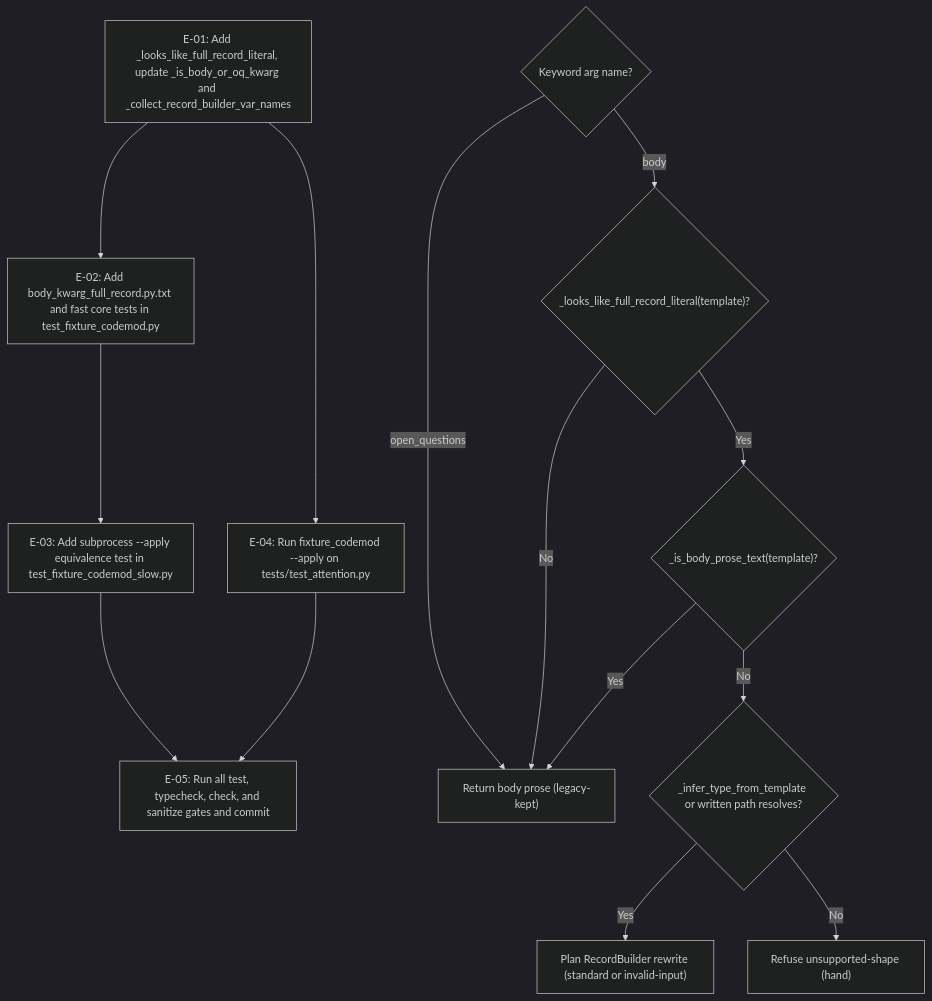
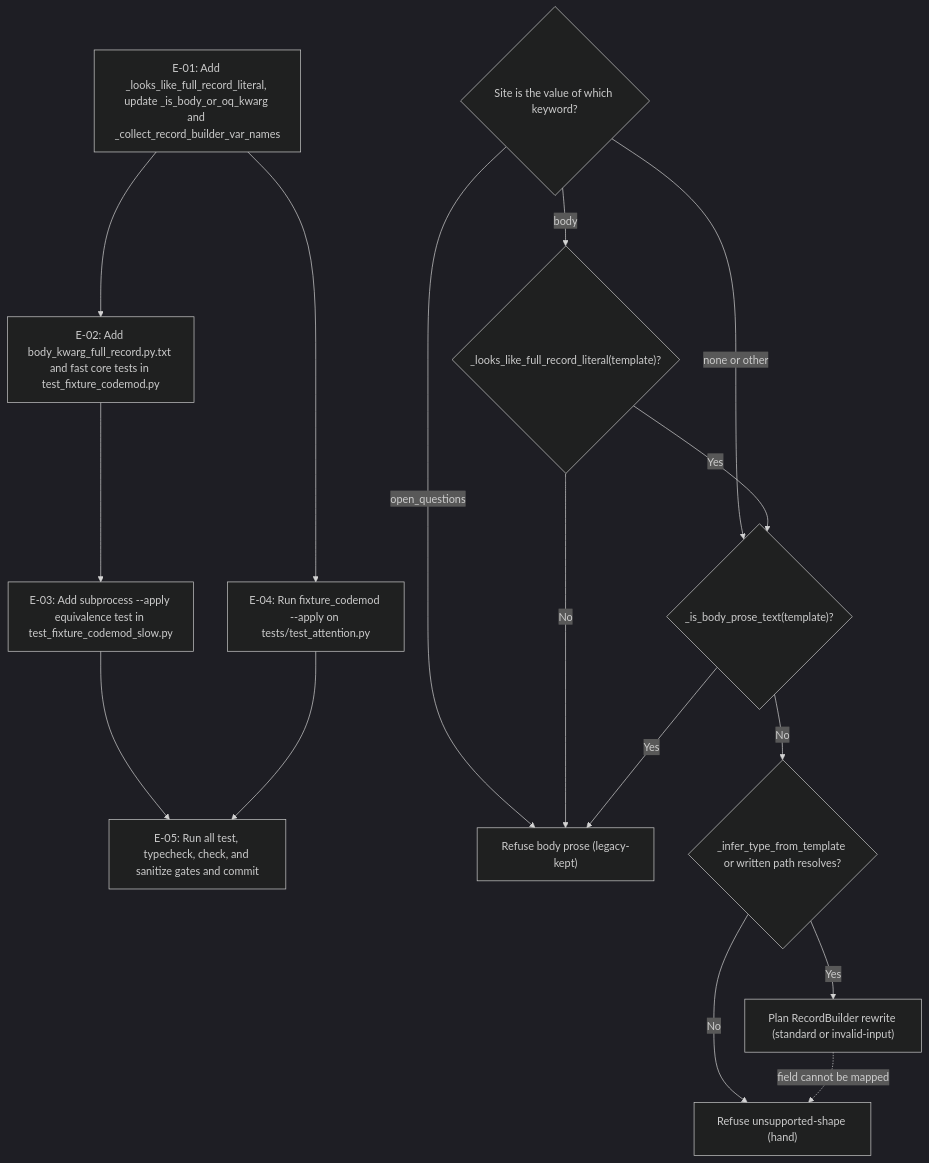
Before and after one commit to fariello/agent-workflows: the second of 2 diagrams in .aw/records/plans/pending/20261121-lufe6m-01-svpml2-distinguish-full-record-literals-from-body-prose-in-fixture.ipd.md, drawn with Mermaid (dark theme). The commit also changed other lines of this file and 1 other file, not shown here.

````diff
--- a/.aw/records/plans/pending/20261121-lufe6m-01-svpml2-distinguish-full-record-literals-from-body-prose-in-fixture.ipd.md
+++ b/.aw/records/plans/pending/20261121-lufe6m-01-svpml2-distinguish-full-record-literals-from-body-prose-in-fixture.ipd.md
@@ -113,17 +121,19 @@
 ```mermaid
 flowchart TD
     E01["E-01: Add _looks_like_full_record_literal, update _is_body_or_oq_kwarg and _collect_record_builder_var_names"] --> E02["E-02: Add body_kwarg_full_record.py.txt and fast core tests in test_fixture_codemod.py"]
     E01 --> E04["E-04: Run fixture_codemod --apply on tests/test_attention.py"]
     E02 --> E03["E-03: Add subprocess --apply equivalence test in test_fixture_codemod_slow.py"]
     E03 --> E05["E-05: Run all test, typecheck, check, and sanitize gates and commit"]
     E04 --> E05
 
-    K{"Keyword arg name?"} -->|open_questions| PROSE["Return body prose (legacy-kept)"]
+    K{"Site is the value of which keyword?"} -->|open_questions| PROSE["Refuse body prose (legacy-kept)"]
+    K -->|none or other| BP
     K -->|body| REC{"_looks_like_full_record_literal(template)?"}
     REC -->|No| PROSE
     REC -->|Yes| BP{"_is_body_prose_text(template)?"}
     BP -->|Yes| PROSE
     BP -->|No| INFER{"_infer_type_from_template or written path resolves?"}
     INFER -->|Yes| RW["Plan RecordBuilder rewrite (standard or invalid-input)"]
     INFER -->|No| HAND["Refuse unsupported-shape (hand)"]
+    RW -.->|"field cannot be mapped"| HAND
 ```
````
